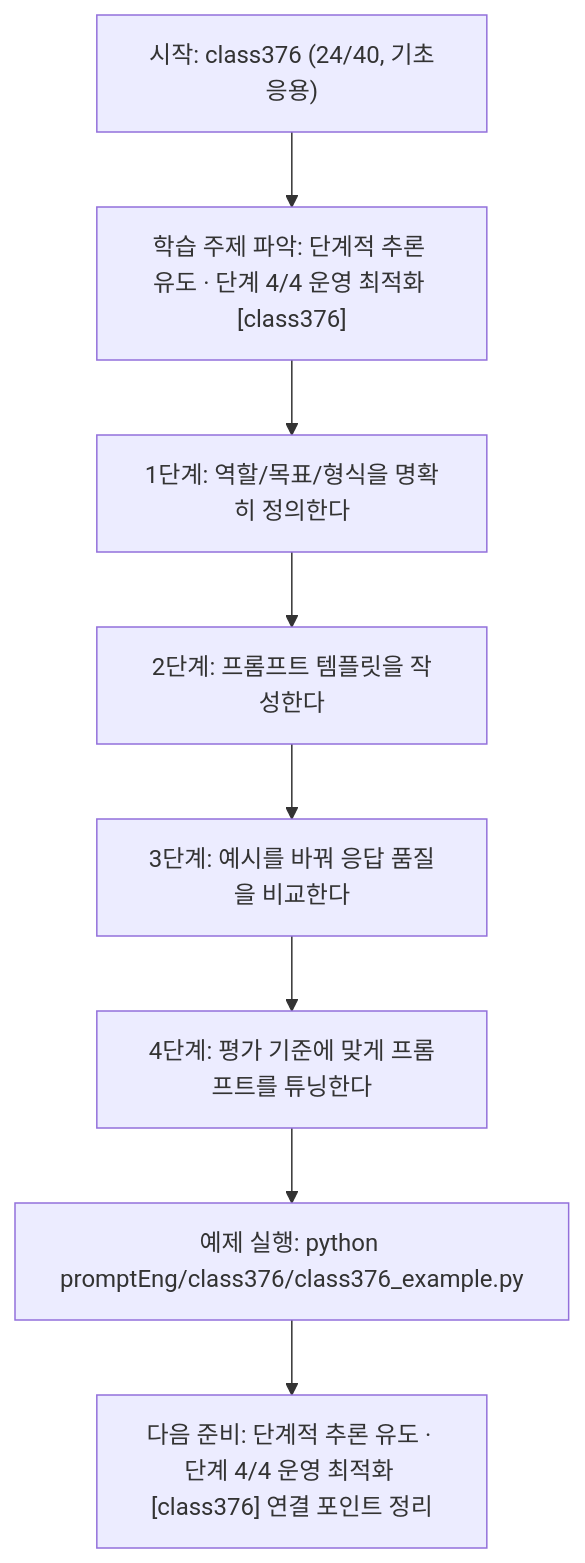
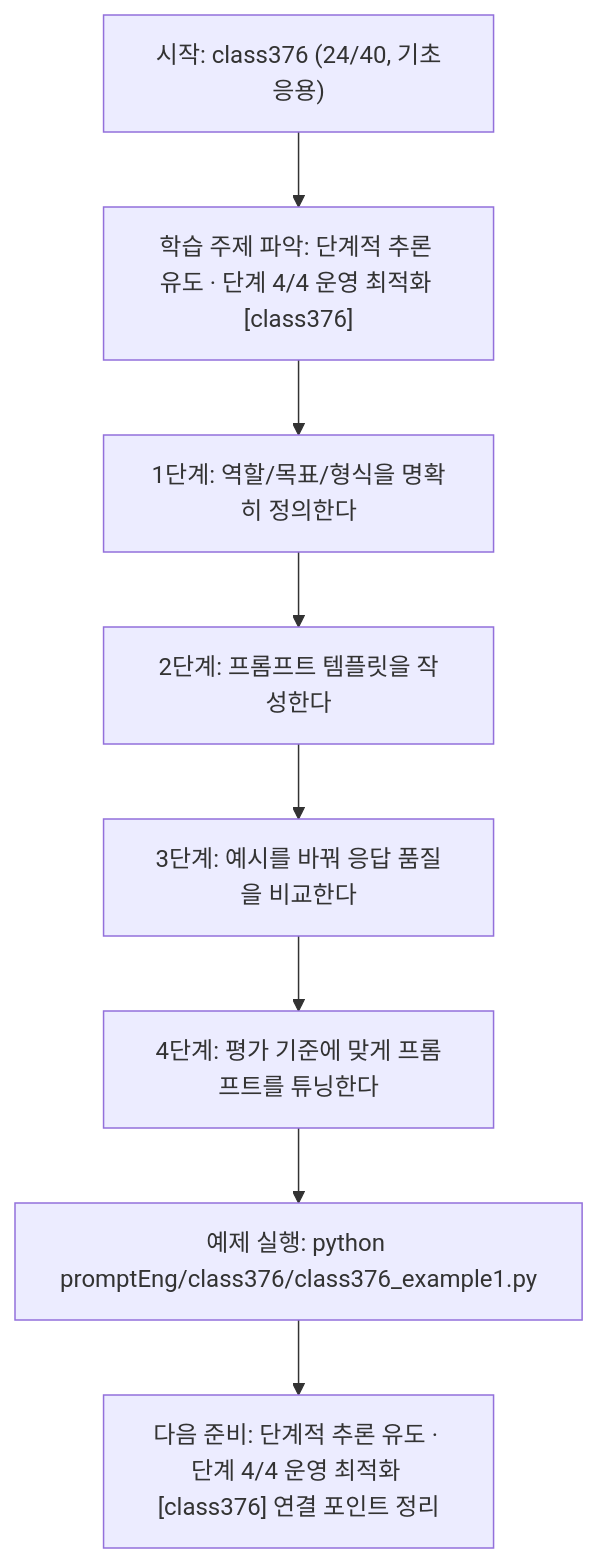
The diagram in promptEng/class376/class376.md (edumgt/Python-AI_Agent-Class), drawn with Mermaid before and after one commit. The commit also changed other lines of this file and 2959 other files, not shown here.

````diff
--- a/promptEng/class376/class376.md
+++ b/promptEng/class376/class376.md
@@ -110,18 +110,18 @@
 ```mermaid
 flowchart TD
 N1["시작: class376 (24/40, 기초응용)"]
 N2["학습 주제 파악: 단계적 추론 유도 · 단계 4/4 운영 최적화 [class376]"]
 N3["1단계: 역할/목표/형식을 명확히 정의한다"]
 N4["2단계: 프롬프트 템플릿을 작성한다"]
 N5["3단계: 예시를 바꿔 응답 품질을 비교한다"]
 N6["4단계: 평가 기준에 맞게 프롬프트를 튜닝한다"]
-N7["예제 실행: python promptEng/class376/class376_example.py"]
+N7["예제 실행: python promptEng/class376/class376_example1.py"]
 N8["다음 준비: 단계적 추론 유도 · 단계 4/4 운영 최적화 [class376] 연결 포인트 정리"]
 N1 --> N2
 N2 --> N3
 N3 --> N4
 N4 --> N5
 N5 --> N6
 N6 --> N7
 N7 --> N8
 ```
````
